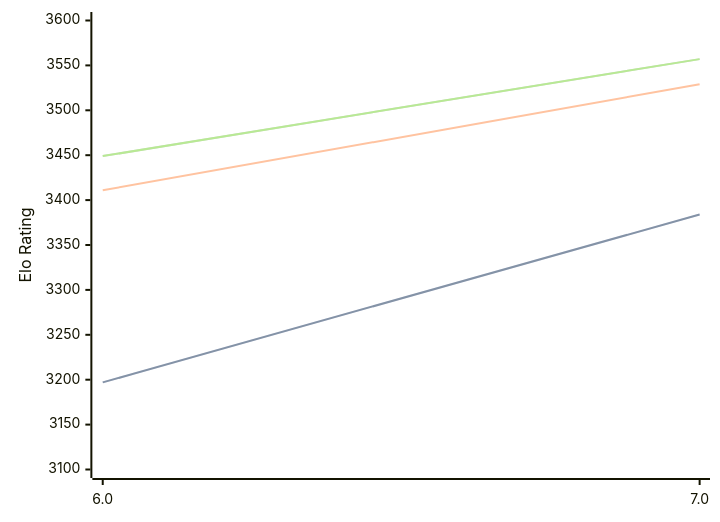
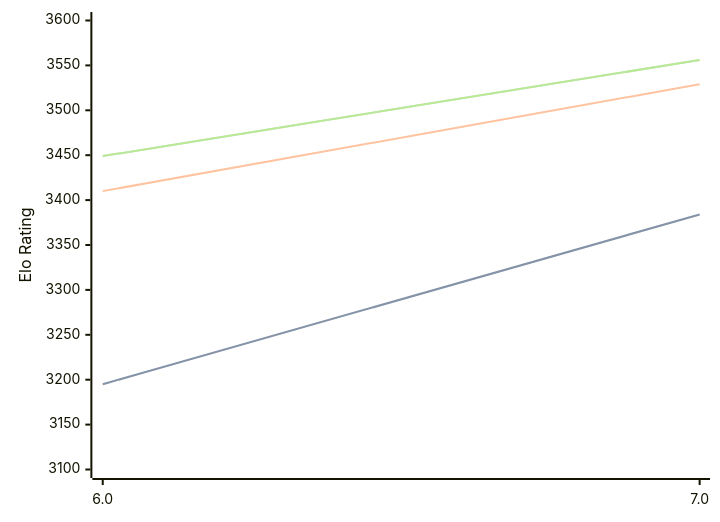
The diagram in engines/Devre.md (computer-chess-index/cci), drawn with Mermaid before and after one commit. The commit also changed other lines of this file, not shown here.

Commit message:
Update CCI Ratings (ELO VLTC) - 2026-10-01

````diff
--- a/engines/Devre.md
+++ b/engines/Devre.md
@@ -32,11 +32,11 @@
 ```mermaid
 %%{init: {"theme":"base","themeVariables":{"seriesColors:['#a3a3a3','#222221','#faa371']}}}%%
 xychart-beta
   x-axis ["6.0", "7.0"]
   y-axis "Elo Rating" 3100 --> 3600
-  line "" [3197, 3384]
-  line "STC (8.0+0.08s)" [3197, 3384]
-  line "LTC (60.0+0.60s)" [3411, 3529]
-  line "" [3449, 3557]
-  line "VLTC (2m24s+1.12s)" [3449, 3557]
+  line "" [3195, 3384]
+  line "STC (8.0+0.08s)" [3195, 3384]
+  line "LTC (60.0+0.60s)" [3410, 3529]
+  line "" [3449, 3556]
+  line "VLTC (2m24s+1.12s)" [3449, 3556]
 ```
````
